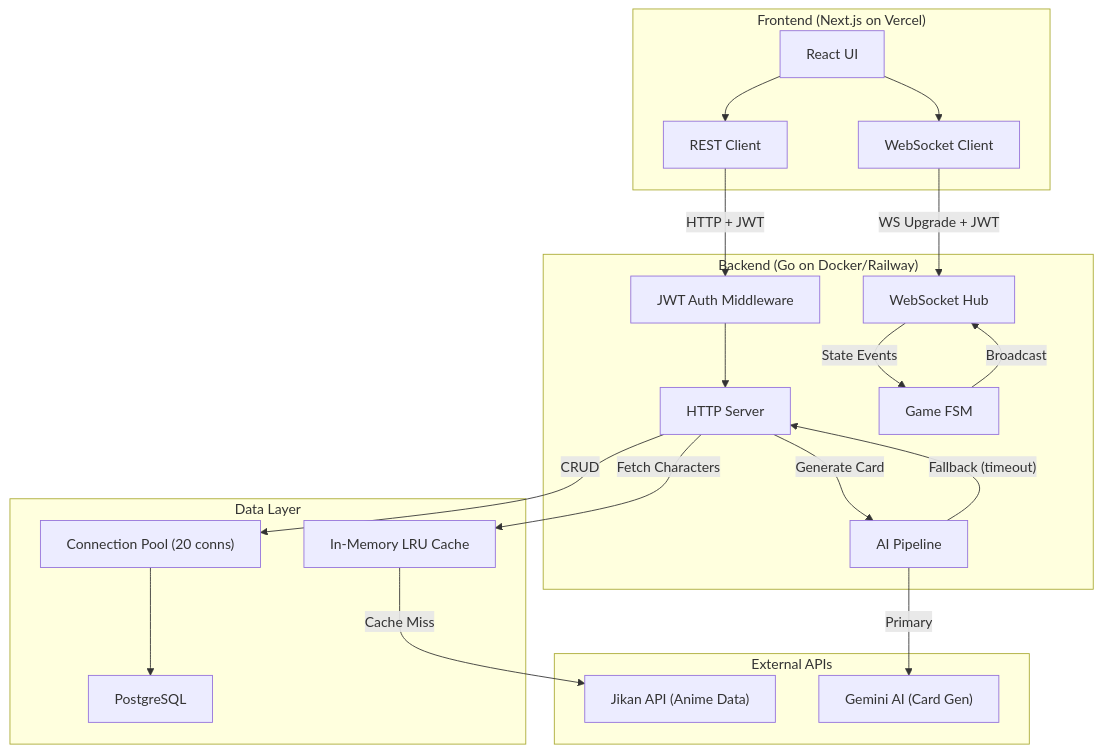
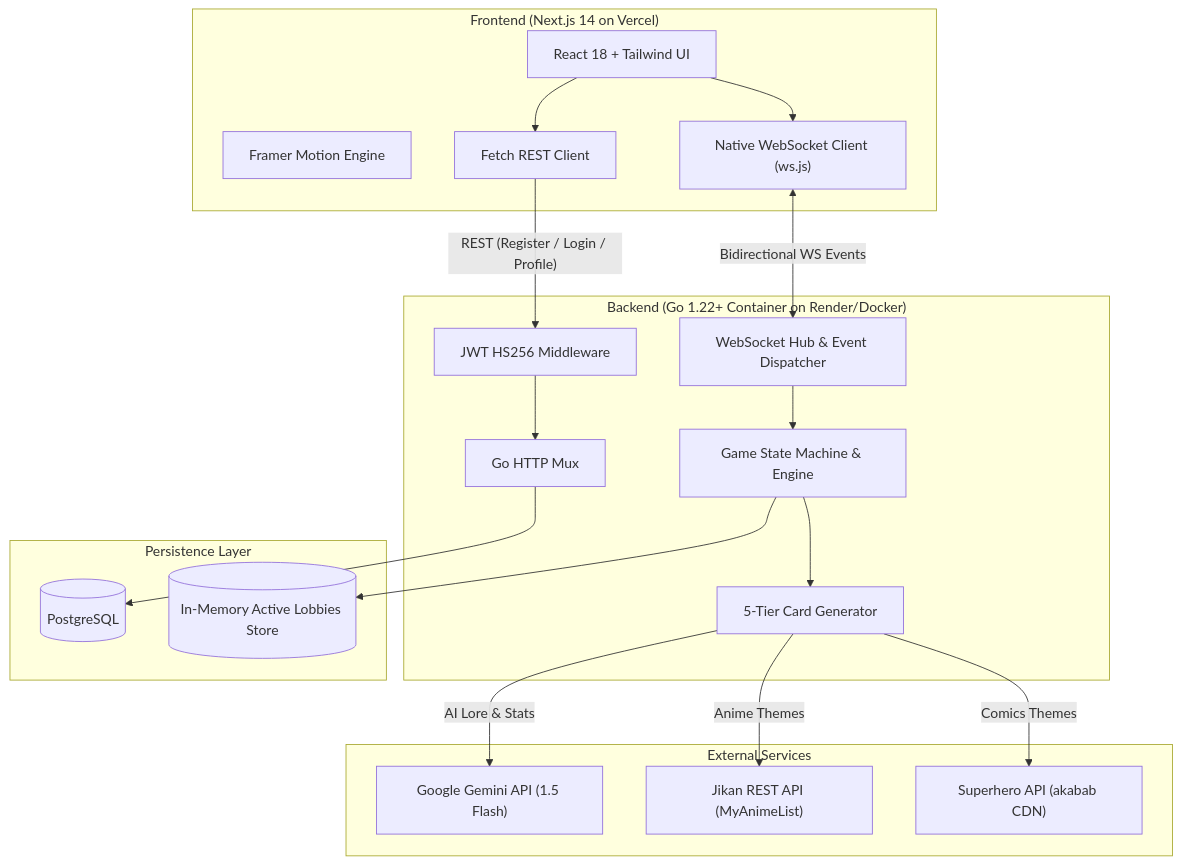
The first of 2 diagrams in README.md (Juixe7/KaijuCards), drawn with Mermaid before and after one commit. The commit also changed other lines of this file and 2 other files, not shown here.

Commit message:
docs: rewrite README with architecture diagrams and update CI workflow

````diff
--- a/README.md
+++ b/README.md
@@ -9,38 +27,41 @@
 ```mermaid
 graph TB
-    subgraph "Frontend (Next.js on Vercel)"
-        UI["React UI"]
-        WS_Client["WebSocket Client"]
-        REST_Client["REST Client"]
+    subgraph Frontend ["Frontend (Next.js 14 on Vercel)"]
+        UI["React 18 + Tailwind UI"]
+        Framer["Framer Motion Engine"]
+        WSClient["Native WebSocket Client (ws.js)"]
+        RESTClient["Fetch REST Client"]
     end
-    subgraph "Backend (Go on Docker/Railway)"
-        HTTP["HTTP Server"]
-        WS_Hub["WebSocket Hub"]
-        FSM["Game FSM"]
-        AI["AI Pipeline"]
-        Auth["JWT Auth Middleware"]
+
+    subgraph Backend ["Backend (Go 1.22+ Container on Render/Docker)"]
+        Mux["Go HTTP Mux"]
+        WSHub["WebSocket Hub & Event Dispatcher"]
+        FSM["Game State Machine & Engine"]
+        AuthMiddleware["JWT HS256 Middleware"]
+        Generator["5-Tier Card Generator"]
     end
-    subgraph "External APIs"
-        Jikan["Jikan API (Anime Data)"]
-        Gemini["Gemini AI (Card Gen)"]
+
+    subgraph External ["External Services"]
+        Gemini["Google Gemini API (1.5 Flash)"]
+        Jikan["Jikan REST API (MyAnimeList)"]
+        Superhero["Superhero API (akabab CDN)"]
     end
-    subgraph "Data Layer"
-        PG["PostgreSQL"]
-        Cache["In-Memory LRU Cache"]
-        Pool["Connection Pool (20 conns)"]
+
+    subgraph Persistence ["Persistence Layer"]
+        PG[("PostgreSQL")]
+        MemStore[("In-Memory Active Lobbies Store")]
     end
-    UI --> REST_Client
-    UI --> WS_Client
-    REST_Client -->|"HTTP + JWT"| Auth
-    Auth --> HTTP
-    WS_Client -->|"WS Upgrade + JWT"| WS_Hub
-    HTTP -->|"CRUD"| Pool
-    Pool --> PG
-    WS_Hub -->|"State Events"| FSM
-    FSM -->|"Broadcast"| WS_Hub
-    HTTP -->|"Fetch Characters"| Cache
-    Cache -->|"Cache Miss"| Jikan
-    HTTP -->|"Generate Card"| AI
-    AI -->|"Primary"| Gemini
-    AI -->|"Fallback (timeout)"| HTTP
+
+    UI --> WSClient
+    UI --> RESTClient
+    RESTClient -->|"REST (Register / Login / Profile)"| AuthMiddleware
+    AuthMiddleware --> Mux
+    WSClient <-->|"Bidirectional WS Events"| WSHub
+    WSHub --> FSM
+    FSM --> MemStore
+    Mux --> PG
+    FSM --> Generator
+    Generator -->|"Anime Themes"| Jikan
+    Generator -->|"Comics Themes"| Superhero
+    Generator -->|"AI Lore & Stats"| Gemini
 ```
````
